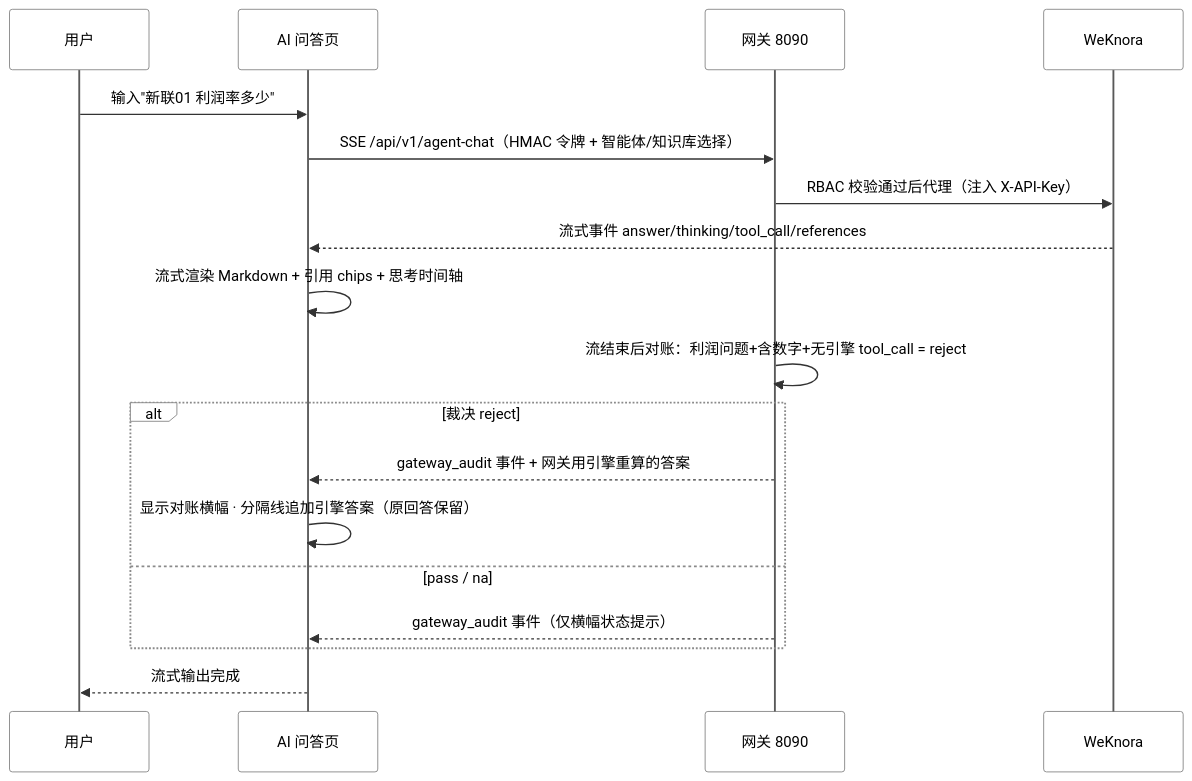
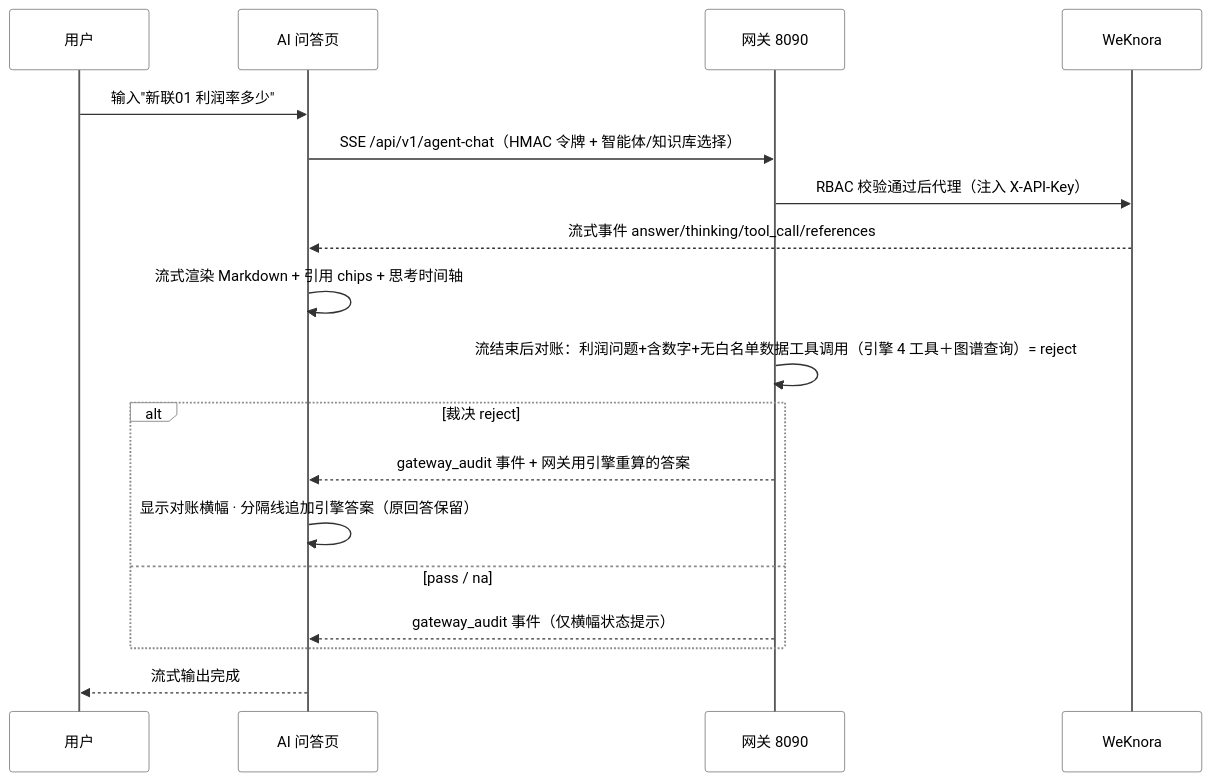
One commit to Clearlove7Zz/huangpu changed the third of 3 diagrams in docs/UI与功能设计.md. Above: the diagram before and after it, drawn with Mermaid. The commit also changed other lines of this file and 3 other files, not shown here.

````diff
--- a/docs/UI与功能设计.md
+++ b/docs/UI与功能设计.md
@@ -150,22 +163,22 @@
 ```mermaid
 %%{init: {"theme":"neutral","themeVariables":{"actorBkg":"#ffffff","actorTextColor":"#000000","actorBorder":"#8a8a8a","actorLineColor":"#595959","noteBkgColor":"#ffffff","noteTextColor":"#000000","noteBorderColor":"#8a8a8a","signalColor":"#333333","signalTextColor":"#000000","activationBkgColor":"#ffffff","activationBorderColor":"#8a8a8a","labelBoxBkgColor":"#ffffff","labelBoxBorderColor":"#8a8a8a","labelTextColor":"#000000","loopTextColor":"#000000"}}}%%
 sequenceDiagram
     participant U as 用户
     participant P as AI 问答页
     participant G as 网关 8090
     participant W as WeKnora
 
     U->>P: 输入"新联01 利润率多少"
     P->>G: SSE /api/v1/agent-chat（HMAC 令牌 + 智能体/知识库选择）
     G->>W: RBAC 校验通过后代理（注入 X-API-Key）
     W-->>P: 流式事件 answer/thinking/tool_call/references
     P->>P: 流式渲染 Markdown + 引用 chips + 思考时间轴
-    G->>G: 流结束后对账：利润问题+含数字+无引擎 tool_call = reject
+    G->>G: 流结束后对账：利润问题+含数字+无白名单数据工具调用（引擎 4 工具＋图谱查询）= reject
     alt 裁决 reject
         G-->>P: gateway_audit 事件 + 网关用引擎重算的答案
         P->>P: 显示对账横幅 · 分隔线追加引擎答案（原回答保留）
     else pass / na
         G-->>P: gateway_audit 事件（仅横幅状态提示）
     end
     P-->>U: 流式输出完成
 ```
````
